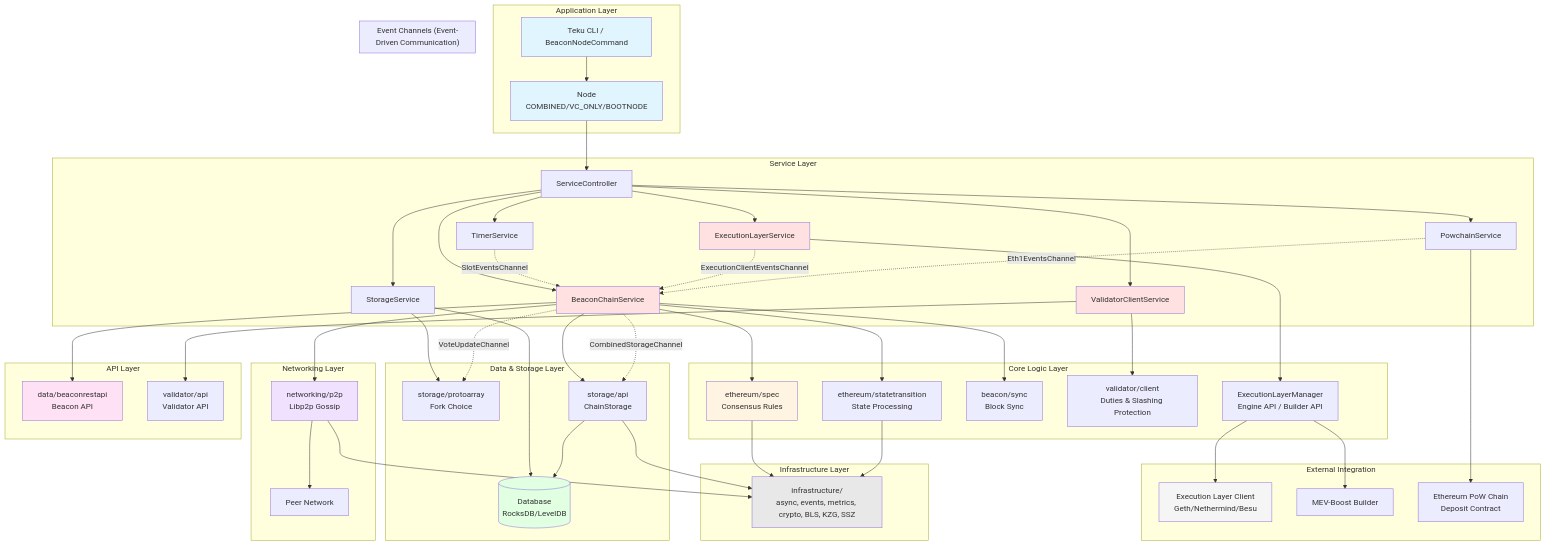
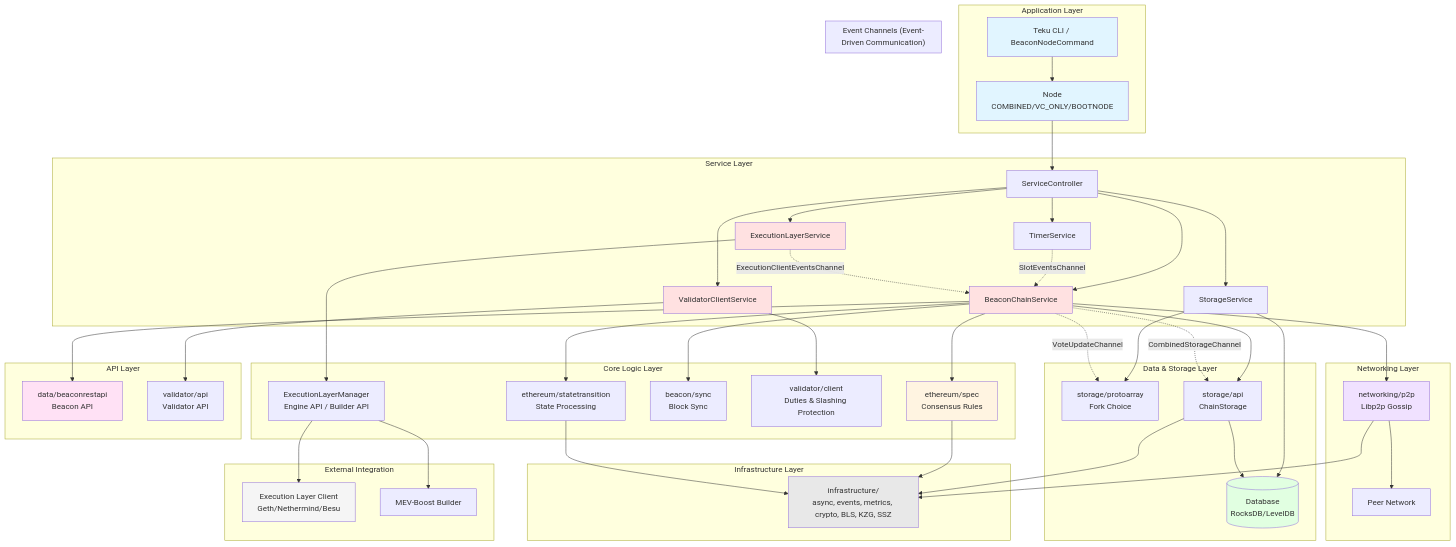
The diagram in AGENTS.md (Consensys-Incorporated/teku), drawn with Mermaid before and after one commit. The commit also changed other lines of this file, not shown here.

````diff
--- a/AGENTS.md
+++ b/AGENTS.md
@@ -85,76 +85,73 @@
 ```mermaid
 graph TB
     subgraph "Application Layer"
         CLI[Teku CLI / BeaconNodeCommand]
         CLI --> Node[Node<br/>COMBINED/VC_ONLY/BOOTNODE]
     end
 
     subgraph "Service Layer"
         Node --> SC[ServiceController]
         SC --> SS[StorageService]
         SC --> ELS[ExecutionLayerService]
         SC --> BCS[BeaconChainService]
-        SC --> PCS[PowchainService]
         SC --> VCS[ValidatorClientService]
         SC --> TS[TimerService]
     end
 
     subgraph "Core Logic Layer"
         BCS --> Spec[ethereum/spec<br/>Consensus Rules]
         BCS --> ST[ethereum/statetransition<br/>State Processing]
         BCS --> Sync[beacon/sync<br/>Block Sync]
         VCS --> ValClient[validator/client<br/>Duties & Slashing Protection]
         ELS --> ELM[ExecutionLayerManager<br/>Engine API / Builder API]
     end
 
     subgraph "Data & Storage Layer"
         SS --> DB[(Database<br/>RocksDB/LevelDB)]
         SS --> PA[storage/protoarray<br/>Fork Choice]
         BCS --> Storage[storage/api<br/>ChainStorage]
         Storage --> DB
     end
 
     subgraph "Networking Layer"
         BCS --> Net[networking/p2p<br/>Libp2p Gossip]
         Net --> Peers[Peer Network]
     end
 
     subgraph "API Layer"
         BCS --> RestAPI[data/beaconrestapi<br/>Beacon API]
         VCS --> ValAPI[validator/api<br/>Validator API]
     end
 
     subgraph "External Integration"
         ELM --> EL[Execution Layer Client<br/>Geth/Nethermind/Besu]
         ELM --> Builder[MEV-Boost Builder]
-        PCS --> ETH1[Ethereum PoW Chain<br/>Deposit Contract]
     end
 
     subgraph "Event Channels (Event-Driven Communication)"
         TS -.SlotEventsChannel.-> BCS
         BCS -.VoteUpdateChannel.-> PA
         BCS -.CombinedStorageChannel.-> Storage
         ELS -.ExecutionClientEventsChannel.-> BCS
-        PCS -.Eth1EventsChannel.-> BCS
     end
 
     subgraph "Infrastructure Layer"
         Infra[infrastructure/<br/>async, events, metrics, crypto, BLS, KZG, SSZ]
         Spec --> Infra
         ST --> Infra
         Storage --> Infra
         Net --> Infra
     end
 
     style CLI fill:#e1f5ff
     style Node fill:#e1f5ff
     style BCS fill:#ffe1e1
     style ELS fill:#ffe1e1
     style VCS fill:#ffe1e1
     style Spec fill:#fff4e1
     style DB fill:#e1ffe1
     style Net fill:#f0e1ff
     style RestAPI fill:#ffe1f5
     style EL fill:#f5f5f5
     style Infra fill:#e8e8e8
 ```
````
